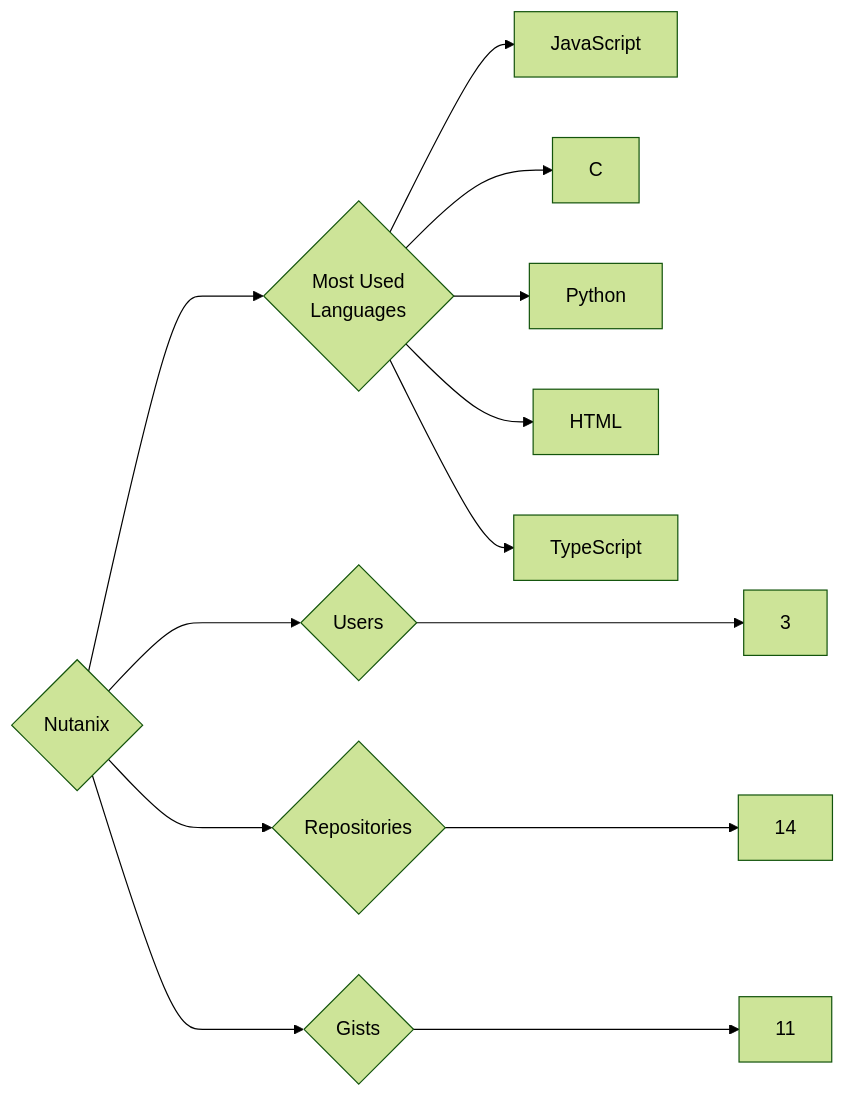
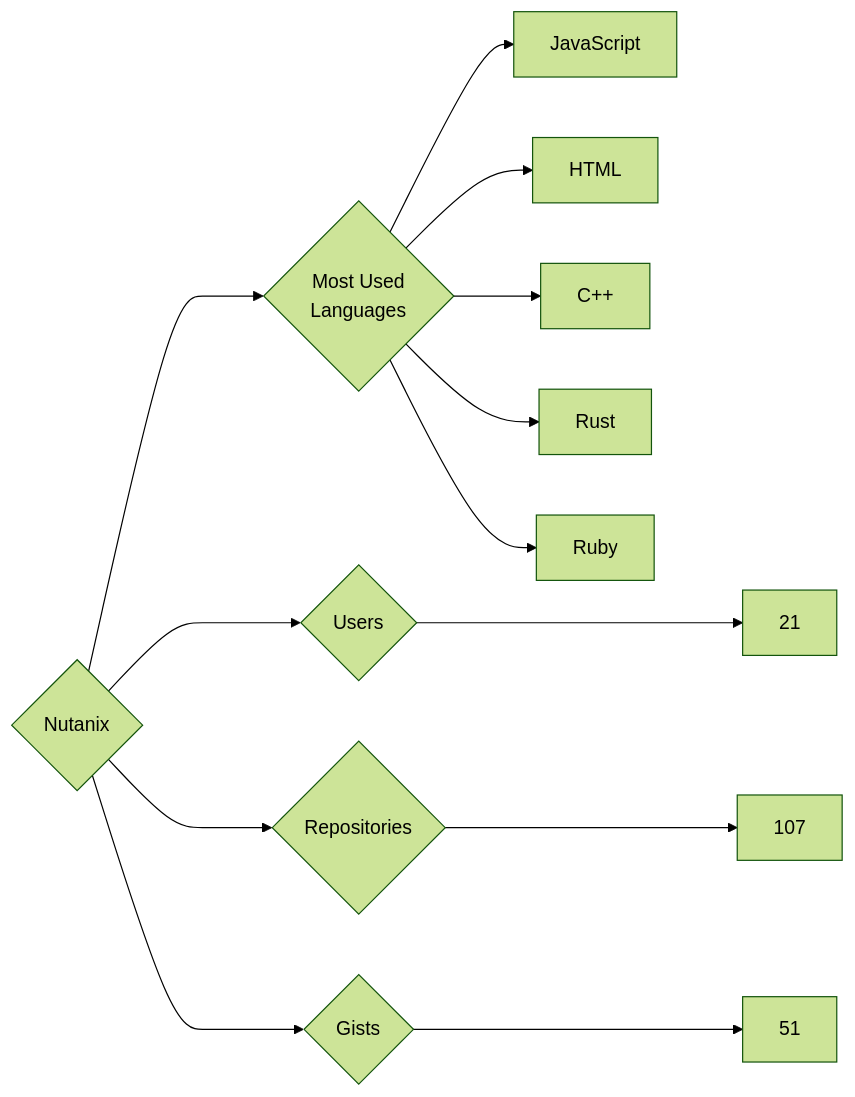
Before and after one commit to trickest/insiders: the diagram in targets/Nutanix/README.md, drawn with Mermaid (forest theme). The commit also changed 806 other files, not shown here.

````diff
--- a/targets/Nutanix/README.md
+++ b/targets/Nutanix/README.md
@@ -3,13 +3,13 @@
 ```mermaid
 graph LR
 COMPANY_NAME{Nutanix}
-COMPANY_NAME ---> U{Users} ---> UN[3]
-COMPANY_NAME ---> R{Repositories} ---> RN[14]
-COMPANY_NAME ---> G{Gists} ---> GN[11]
+COMPANY_NAME ---> U{Users} ---> UN[21]
+COMPANY_NAME ---> R{Repositories} ---> RN[107]
+COMPANY_NAME ---> G{Gists} ---> GN[51]
 COMPANY_NAME ---> ML{Most Used<br>Languages}
 ML --> JavaScript[JavaScript]
-ML --> C[C]
-ML --> Python[Python]
 ML --> HTML[HTML]
-ML --> TypeScript[TypeScript]
+ML --> C++[C++]
+ML --> Rust[Rust]
+ML --> Ruby[Ruby]
 ```
````
